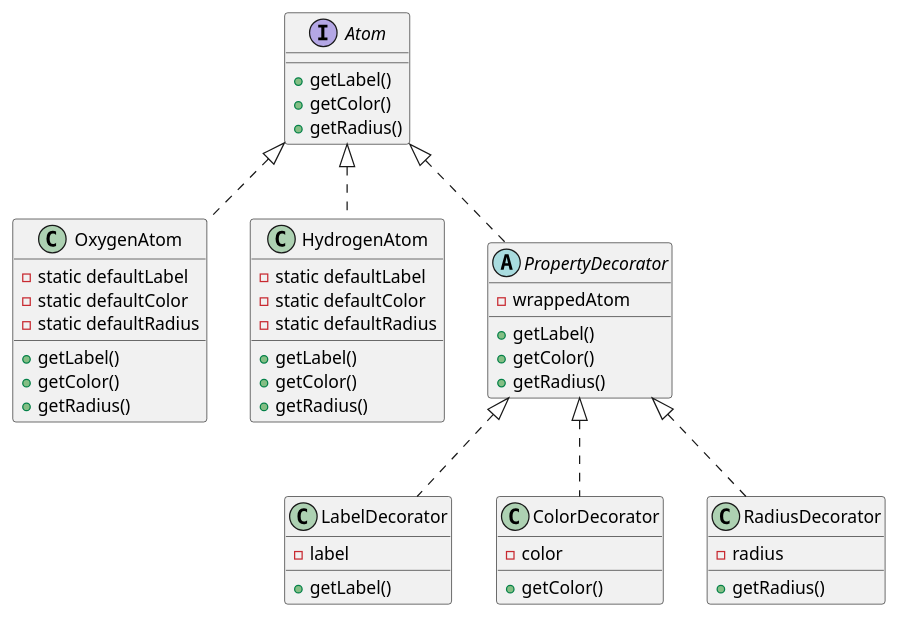
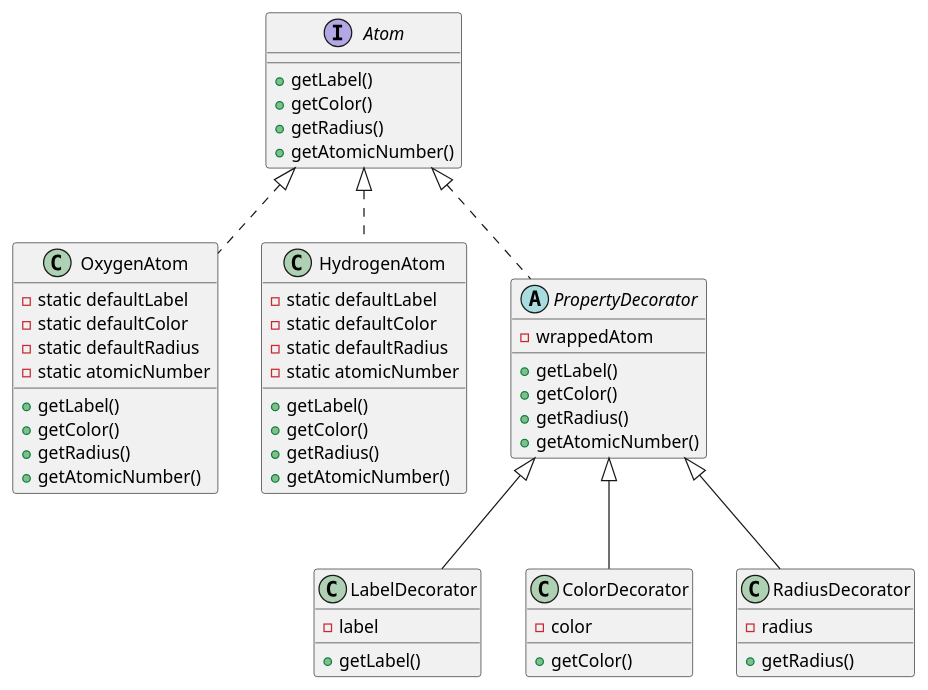
The diagram in README.md (alesgenova/atom-class), drawn with PlantUML before and after one commit. The commit also changed other lines of this file and 9 other files, not shown here.

````diff
--- a/README.md
+++ b/README.md
@@ -4,61 +6,68 @@
 ```plantuml
+
 @startuml
 
 Interface Atom{
     + getLabel()
     + getColor()
     + getRadius()
+    + getAtomicNumber()
 }
 
 Class OxygenAtom{
     + getLabel()
     + getColor()
     + getRadius()
+    + getAtomicNumber()
     - static defaultLabel
     - static defaultColor
     - static defaultRadius
+    - static atomicNumber
 }
 
 Class HydrogenAtom{
     + getLabel()
     + getColor()
     + getRadius()
+    + getAtomicNumber()
     - static defaultLabel
     - static defaultColor
     - static defaultRadius
+    - static atomicNumber
 }
 
 Abstract PropertyDecorator{
     + getLabel()
     + getColor()
     + getRadius()
+    + getAtomicNumber()
     - wrappedAtom
 }
 
 Class LabelDecorator{
     + getLabel()
     - label
 }
 
 Class ColorDecorator{
     + getColor()
     - color
 }
 
 Class RadiusDecorator{
     + getRadius()
     - radius
 }
 
 
 Atom <|.. OxygenAtom
 Atom <|.. HydrogenAtom
 
 Atom <|.. PropertyDecorator
 
-PropertyDecorator <|.. LabelDecorator
-PropertyDecorator <|.. ColorDecorator
-PropertyDecorator <|.. RadiusDecorator
+PropertyDecorator <|-- LabelDecorator
+PropertyDecorator <|-- ColorDecorator
+PropertyDecorator <|-- RadiusDecorator
 
 @enduml
 ```
````
